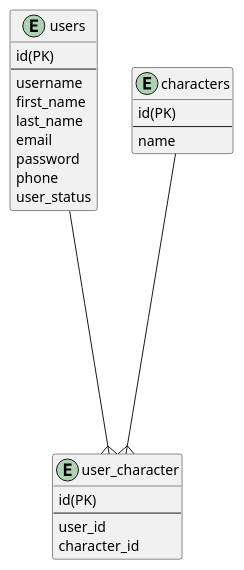
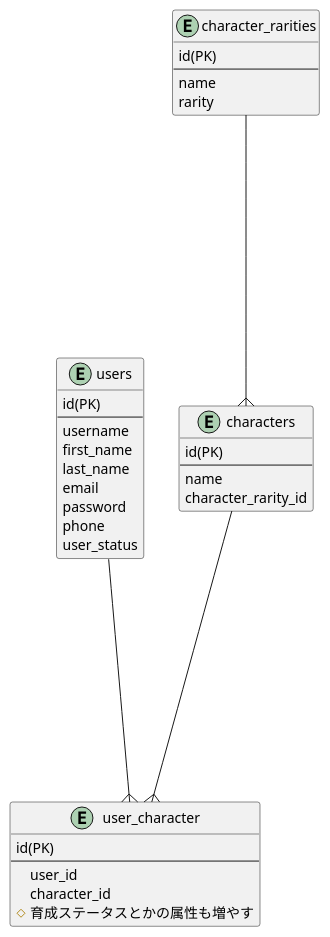
The diagram in other/uml/table.puml (taka011002/go_sample_api_server), drawn with PlantUML before and after one commit. The commit also changed 33 other files, not shown here.

```diff
--- a/other/uml/table.puml
+++ b/other/uml/table.puml
@@ -1,30 +1,40 @@
 @startuml
 entity users {
 id(PK)
 --
 username
 first_name
 last_name
 email
 password
 phone
 user_status
 }
 
 entity characters {
 id(PK)
 --
 name
+character_rarity_id
 }
 
 entity user_character {
 id(PK)
 --
 user_id
 character_id
+# 育成ステータスとかの属性も増やす
+}
+
+entity character_rarities {
+id(PK)
+--
+name
+rarity
 }
 
 users -----{ user_character
 characters -----{ user_character
+character_rarities -----{ characters
 
 @enduml
```
